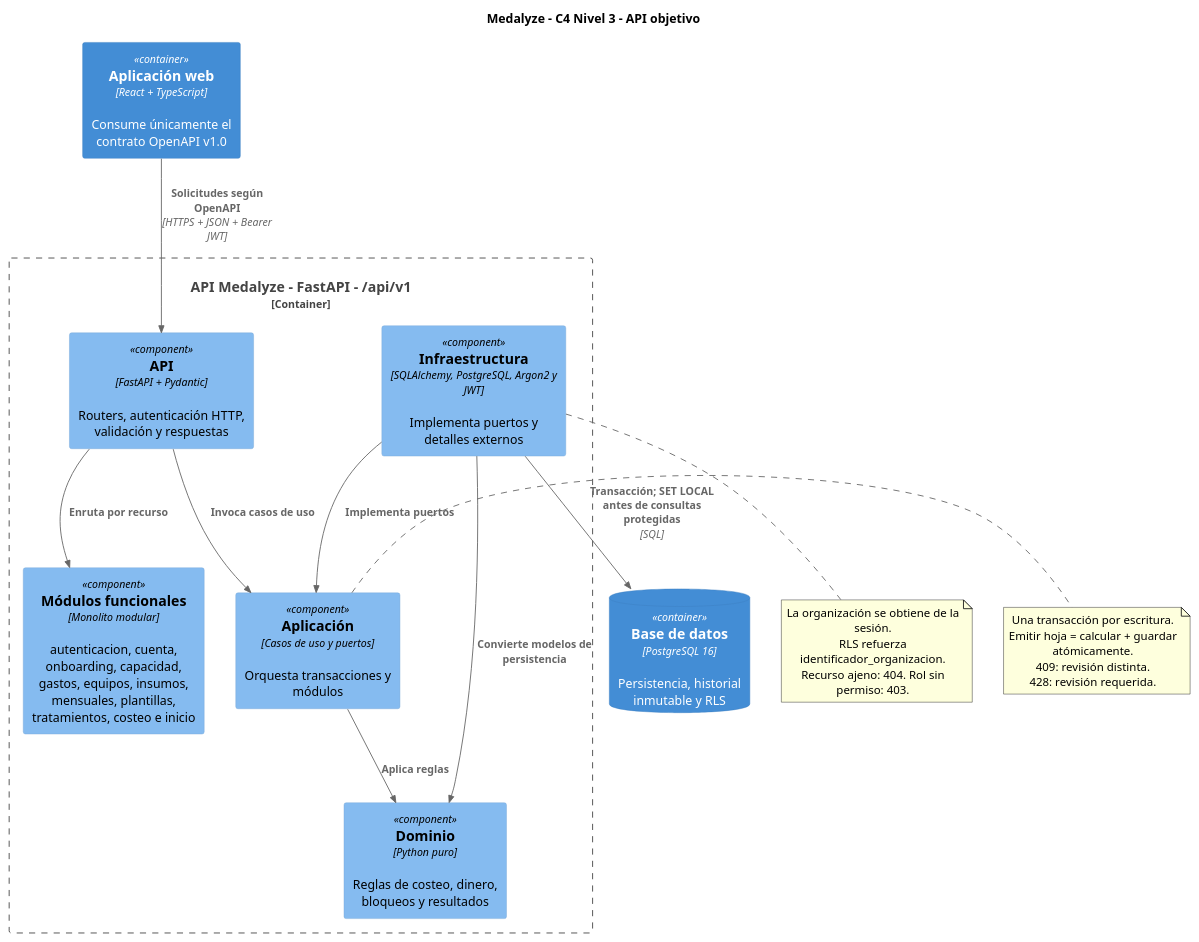
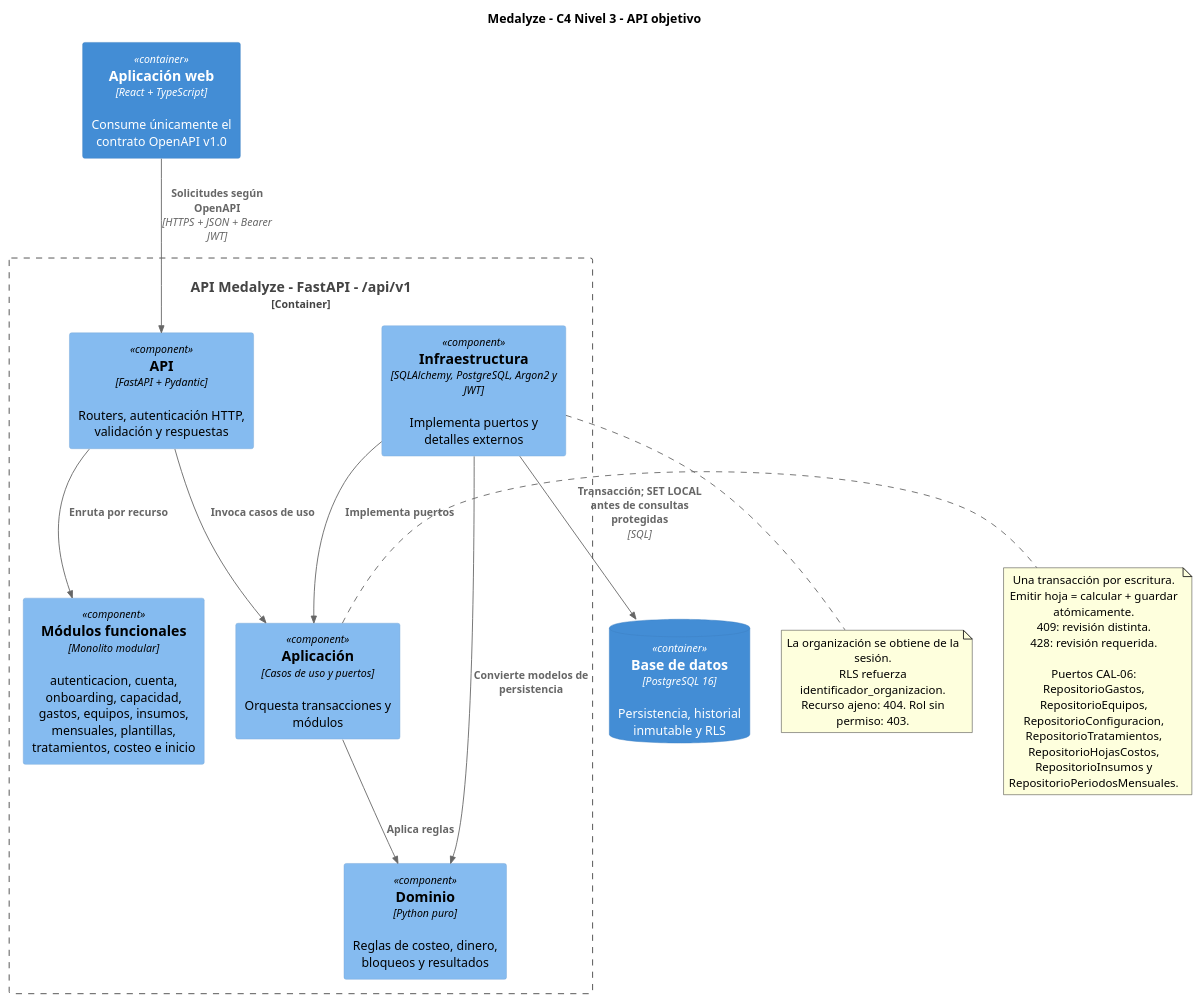
Before and after one commit to feravimor/Medalyze-BACKEND: the diagram in docs/arquitectura/C3-componentes-api.puml, drawn with PlantUML. The commit also changed 18 other files, not shown here.

```diff
--- a/docs/arquitectura/C3-componentes-api.puml
+++ b/docs/arquitectura/C3-componentes-api.puml
@@ -1,38 +1,44 @@
 @startuml C3-componentes-api
 !include <C4/C4_Component>
 
 title Medalyze - C4 Nivel 3 - API objetivo
 
 Container(spa, "Aplicación web", "React + TypeScript", "Consume únicamente el contrato OpenAPI v1.0")
 ContainerDb(db, "Base de datos", "PostgreSQL 16", "Persistencia, historial inmutable y RLS")
 
 Container_Boundary(api, "API Medalyze - FastAPI - /api/v1") {
   Component(http, "API", "FastAPI + Pydantic", "Routers, autenticación HTTP, validación y respuestas")
   Component(app, "Aplicación", "Casos de uso y puertos", "Orquesta transacciones y módulos")
   Component(domain, "Dominio", "Python puro", "Reglas de costeo, dinero, bloqueos y resultados")
   Component(infra, "Infraestructura", "SQLAlchemy, PostgreSQL, Argon2 y JWT", "Implementa puertos y detalles externos")
   Component(modules, "Módulos funcionales", "Monolito modular", "autenticacion, cuenta, onboarding, capacidad, gastos, equipos, insumos, mensuales, plantillas, tratamientos, costeo e inicio")
 }
 
 Rel(spa, http, "Solicitudes según OpenAPI", "HTTPS + JSON + Bearer JWT")
 Rel(http, app, "Invoca casos de uso")
 Rel(http, modules, "Enruta por recurso")
 Rel(app, domain, "Aplica reglas")
 Rel(infra, app, "Implementa puertos")
 Rel(infra, domain, "Convierte modelos de persistencia")
 Rel(infra, db, "Transacción; SET LOCAL antes de consultas protegidas", "SQL")
 
 note right of app
   Una transacción por escritura.
   Emitir hoja = calcular + guardar atómicamente.
   409: revisión distinta.
   428: revisión requerida.
+
+  Puertos CAL-06:
+  RepositorioGastos, RepositorioEquipos,
+  RepositorioConfiguracion, RepositorioTratamientos,
+  RepositorioHojasCostos, RepositorioInsumos y
+  RepositorioPeriodosMensuales.
 end note
 
 note bottom of infra
   La organización se obtiene de la sesión.
   RLS refuerza identificador_organizacion.
   Recurso ajeno: 404. Rol sin permiso: 403.
 end note
 
 @enduml
```
